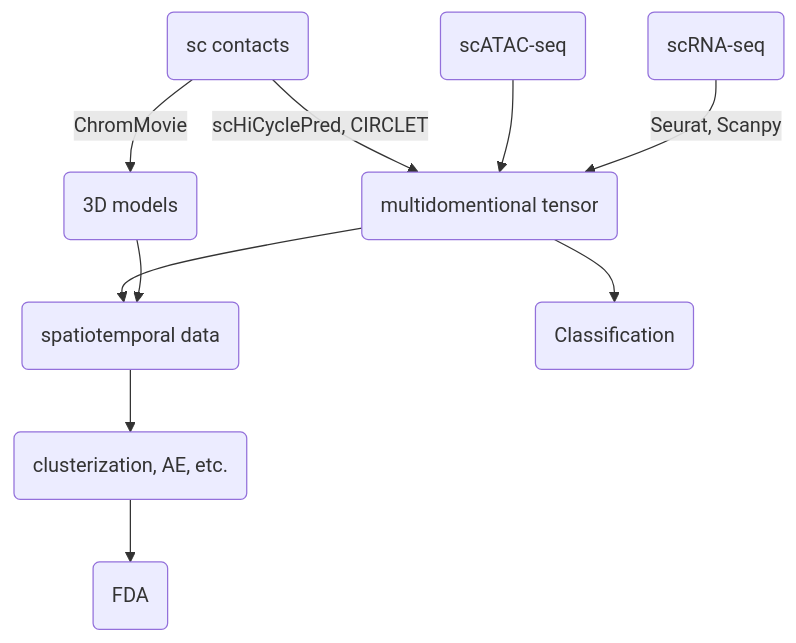
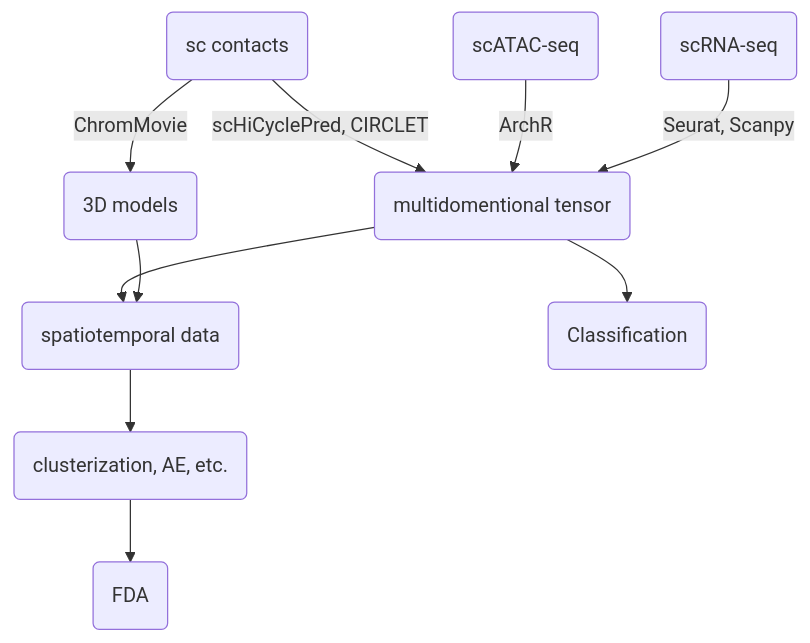
Before and after one commit to SFGLab/Team8_PhaseSpecific_Chromatin_Changes: the diagram in README.md, drawn with Mermaid. The commit also changed other lines of this file, not shown here.

````diff
--- a/README.md
+++ b/README.md
@@ -3,12 +5,12 @@
 ```mermaid
 graph TD;
     RNA(scRNA-seq)-->|Seurat, Scanpy|T(multidomentional tensor);
-    ATAC(scATAC-seq)-->T;
+    ATAC(scATAC-seq)-->|ArchR|T;
     HiC(sc contacts)-->|scHiCyclePred, CIRCLET|T;
     HiC(sc contacts)-->|ChromMovie|3D(3D models);
     3D-->STdata(spatiotemporal data);
     T-->STdata;
     T-->classification(Classification);
     STdata-->Cluster(clusterization, AE, etc.);
     Cluster-->FDA(FDA);
 ```
````
